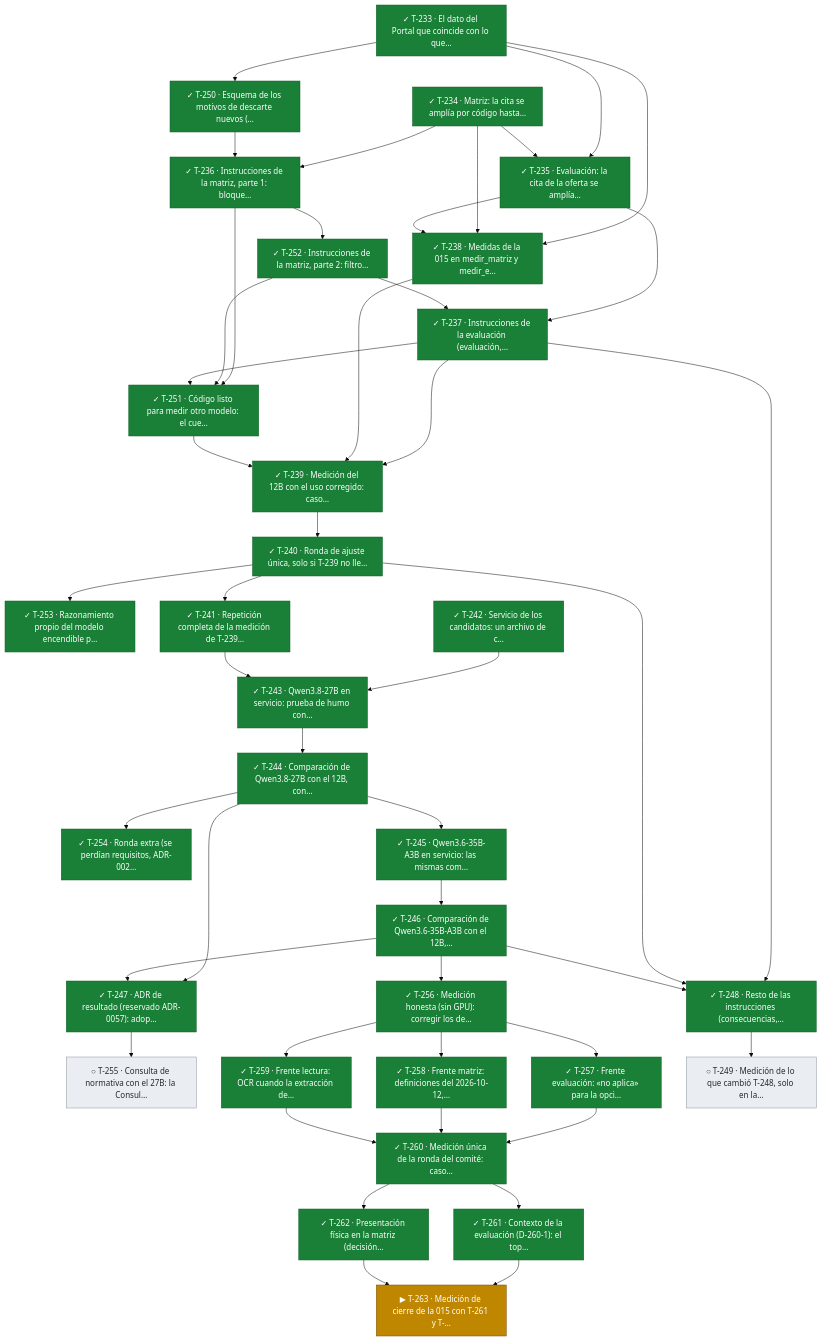
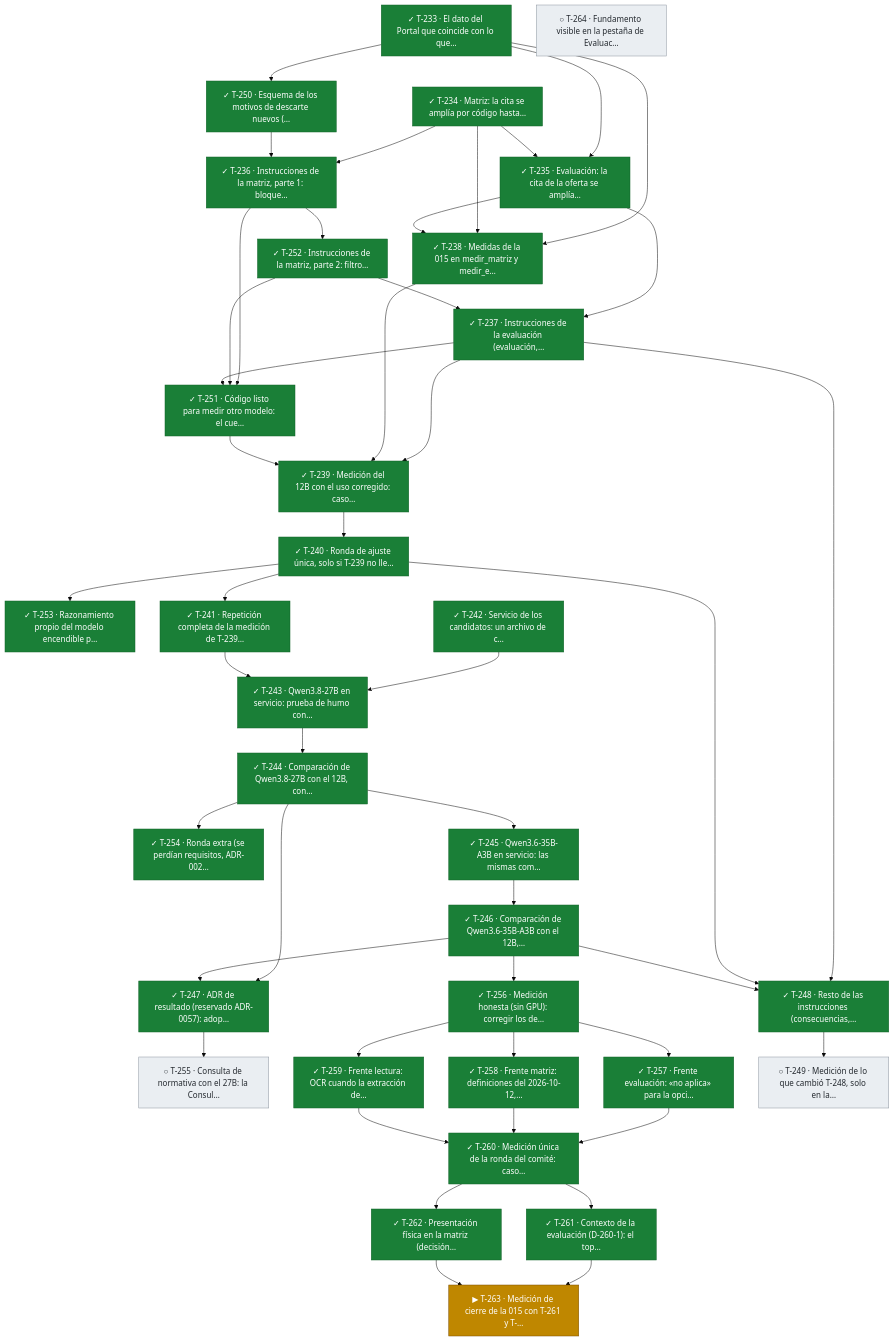
One commit to snavello/EVALUON changed diagram 17 of 17 in docs/tablero.md. Above: the diagram before and after it, drawn with Mermaid (base theme). The commit also changed other lines of this file and 3 other files, not shown here.

```diff
--- a/docs/tablero.md
+++ b/docs/tablero.md
@@ -1347,6 +1348,7 @@
   T261["✓ T-261 · Contexto de la evaluación (D-260-1): el top…"]:::done
   T262["✓ T-262 · Presentación física en la matriz (decisión…"]:::done
   T263["▶ T-263 · Medición de cierre de la 015 con T-261 y T-…"]:::active
+  T264["○ T-264 · Fundamento visible en la pestaña de Evaluac…"]:::todo
   T237["✓ T-237 · Instrucciones de la evaluación (evaluación,…"]:::done
   T251["✓ T-251 · Código listo para medir otro modelo: el cue…"]:::done
   T238["✓ T-238 · Medidas de la 015 en medir_matriz y medir_e…"]:::done
```
